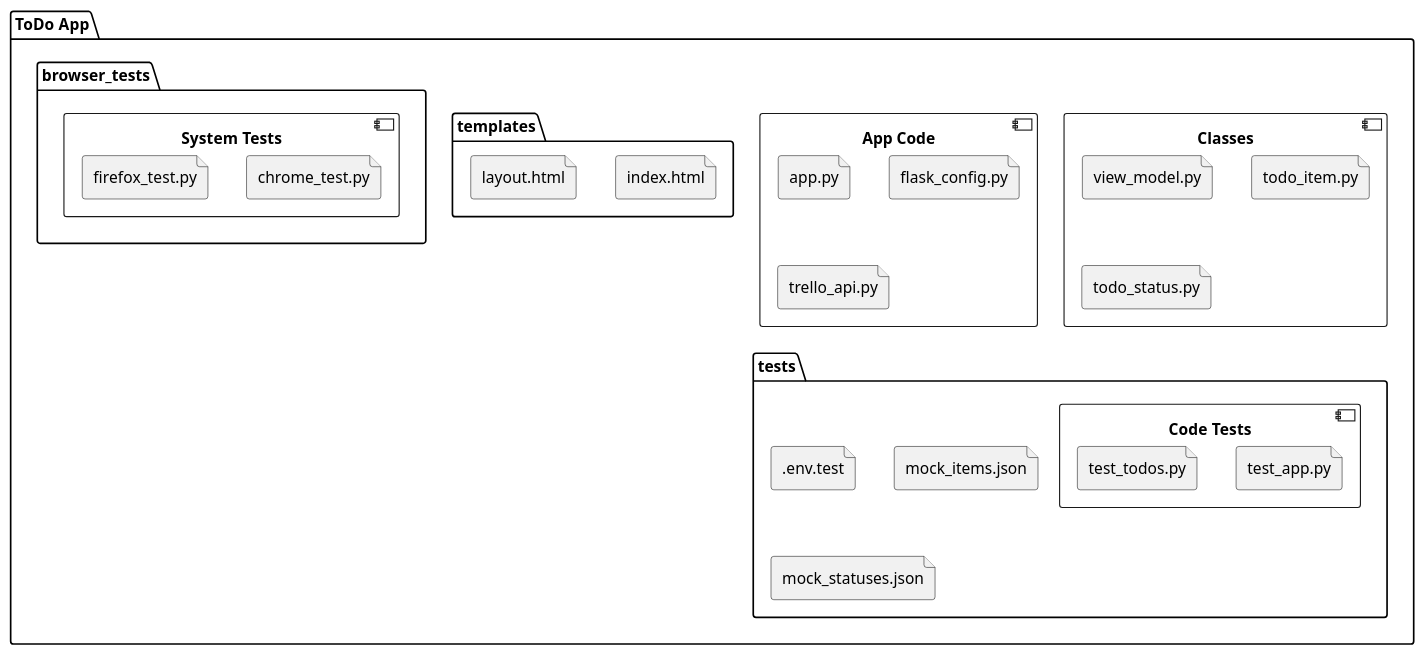
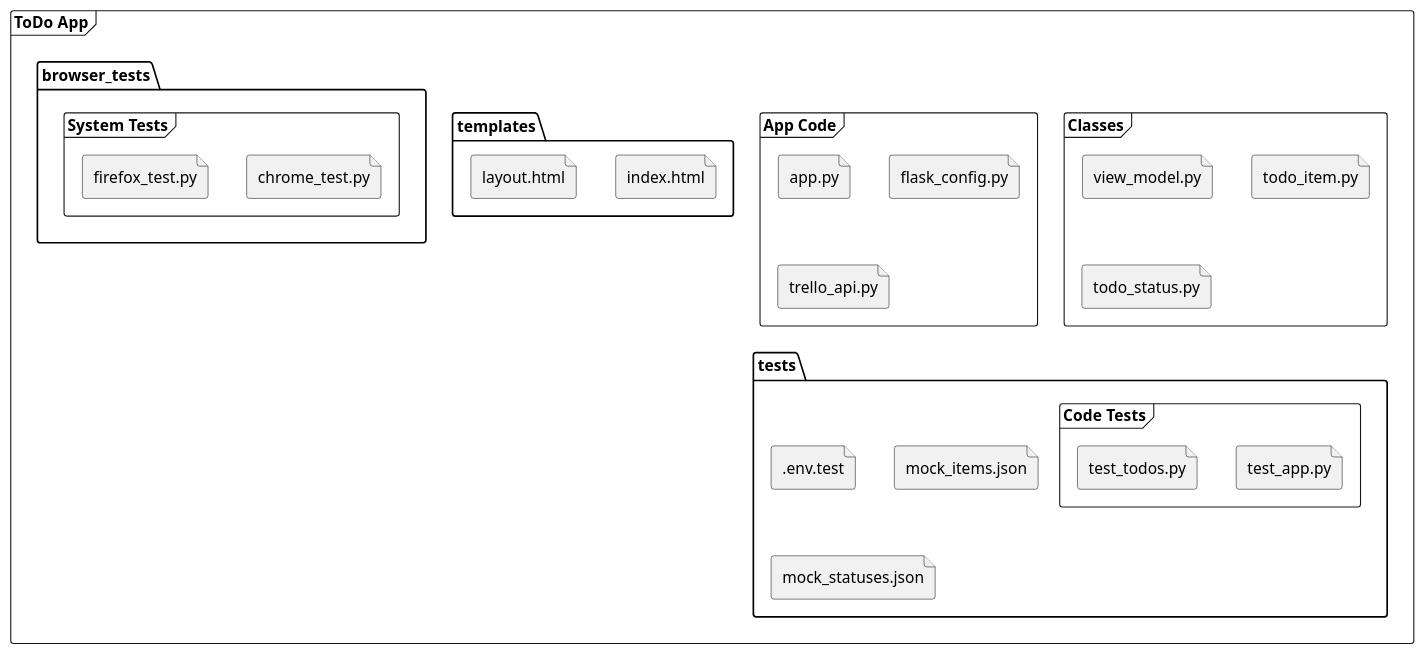
The diagram in Documentation/package_diagram.wsd (jaybee1971/DevOps-Course-Starter), drawn with PlantUML before and after one commit.

```diff
--- a/Documentation/package_diagram.wsd
+++ b/Documentation/package_diagram.wsd
@@ -1,33 +1,34 @@
 @startuml "Package Diagram"
+skinparam packageStyle frame
     package "ToDo App" {
-        component "Classes"{
+        package "Classes" {
             file "view_model.py"
             file "todo_item.py"
             file "todo_status.py"
         }
-        component "App Code" {
+        package "App Code" {
             file "app.py"
             file "flask_config.py"
             file "trello_api.py"
         }
         folder "templates" {
             file "index.html"
             file "layout.html"
         }
         folder "tests" {
-            component "Code Tests" {
+            package "Code Tests" {
                 file "test_app.py"
                 file "test_todos.py"
             }
             file ".env.test"
             file "mock_items.json"
             file "mock_statuses.json"
         }
         folder "browser_tests" {
-            component "System Tests" {
+            package "System Tests" {
                 file "chrome_test.py"
                 file "firefox_test.py"
             }
         }
     }
 @enduml
```
